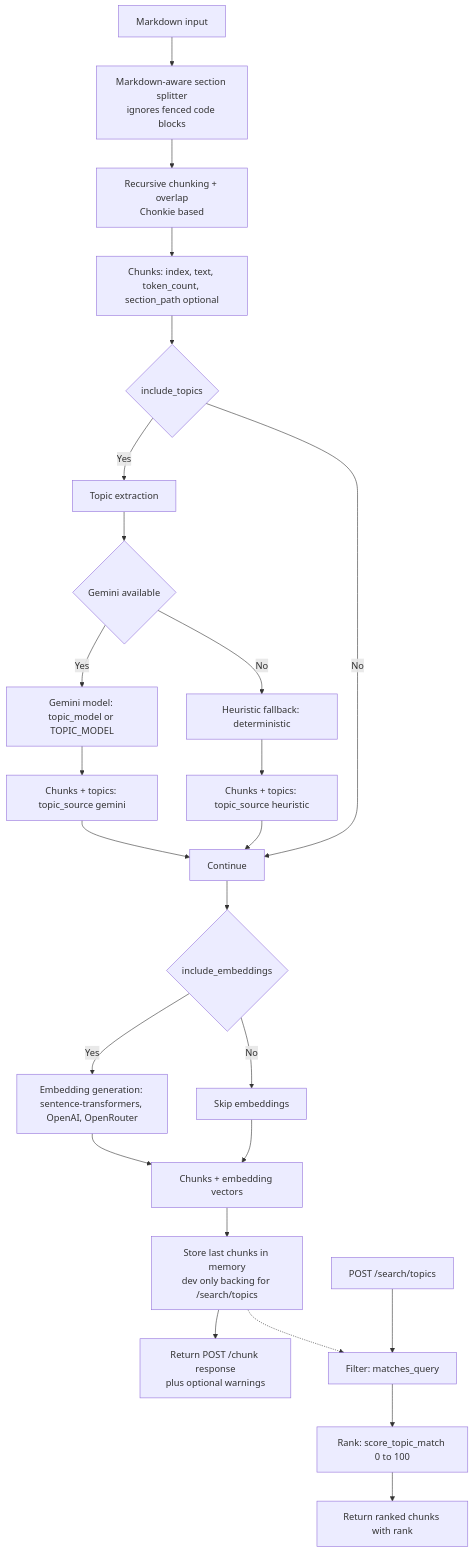
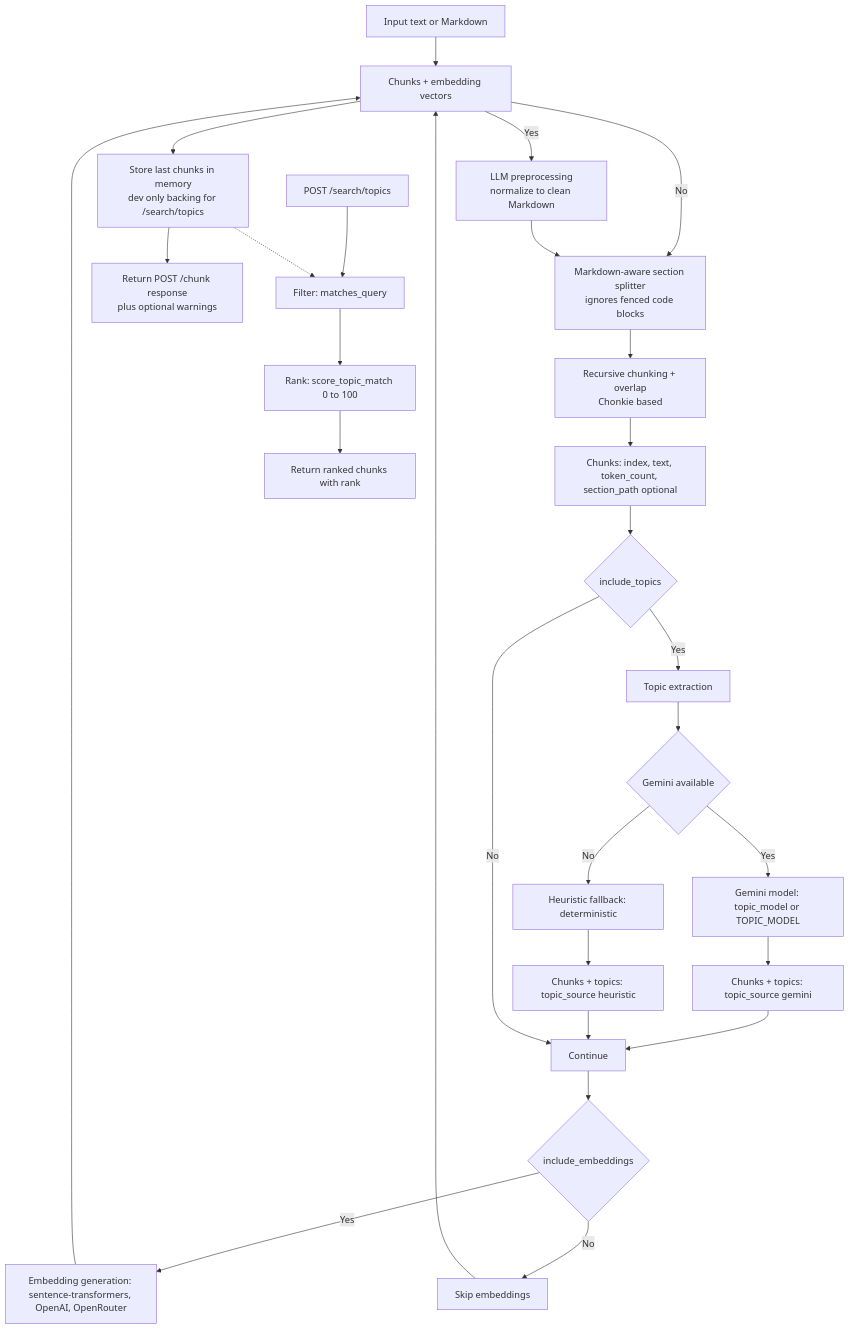
Before and after one commit to a1amit/CourseLLM-Firebase: the diagram in services/ingestion/README.md, drawn with Mermaid. The commit also changed other lines of this file and 13 other files, not shown here.

Commit message:
feat: add optional LLM preprocessing for chunking to normalize input into clean Markdown

````diff
--- a/services/ingestion/README.md
+++ b/services/ingestion/README.md
@@ -11,31 +12,34 @@
 ```mermaid
 flowchart TB
-  A["Markdown input"] --> B["Markdown-aware section splitter<br/>ignores fenced code blocks"]
+  A["Input text or Markdown"] --> P{"include_preprocessing"}
+  P -- Yes --> P1["LLM preprocessing<br/>normalize to clean Markdown"]
+  P -- No --> B["Markdown-aware section splitter<br/>ignores fenced code blocks"]
+  P1 --> B
   B --> C["Recursive chunking + overlap<br/>Chonkie based"]
   C --> D["Chunks: index, text, token_count, section_path optional"]
 
   D --> E{"include_topics"}
   E -- Yes --> F["Topic extraction"]
   F --> G{"Gemini available"}
   G -- Yes --> H["Gemini model: topic_model or TOPIC_MODEL"]
   G -- No --> I["Heuristic fallback: deterministic"]
   H --> J["Chunks + topics: topic_source gemini"]
   I --> K["Chunks + topics: topic_source heuristic"]
   J --> L["Continue"]
   K --> L
   E -- No --> L
 
   L --> M{"include_embeddings"}
   M -- Yes --> N["Embedding generation: sentence-transformers, OpenAI, OpenRouter"]
   M -- No --> O["Skip embeddings"]
   N --> P["Chunks + embedding vectors"]
   O --> P
 
   P --> Q["Store last chunks in memory<br/>dev only backing for /search/topics"]
   Q --> R["Return POST /chunk response<br/>plus optional warnings"]
 
   S["POST /search/topics"] --> T["Filter: matches_query"]
   T --> U["Rank: score_topic_match 0 to 100"]
   U --> V["Return ranked chunks with rank"]
   Q -.-> T
 ```
````
